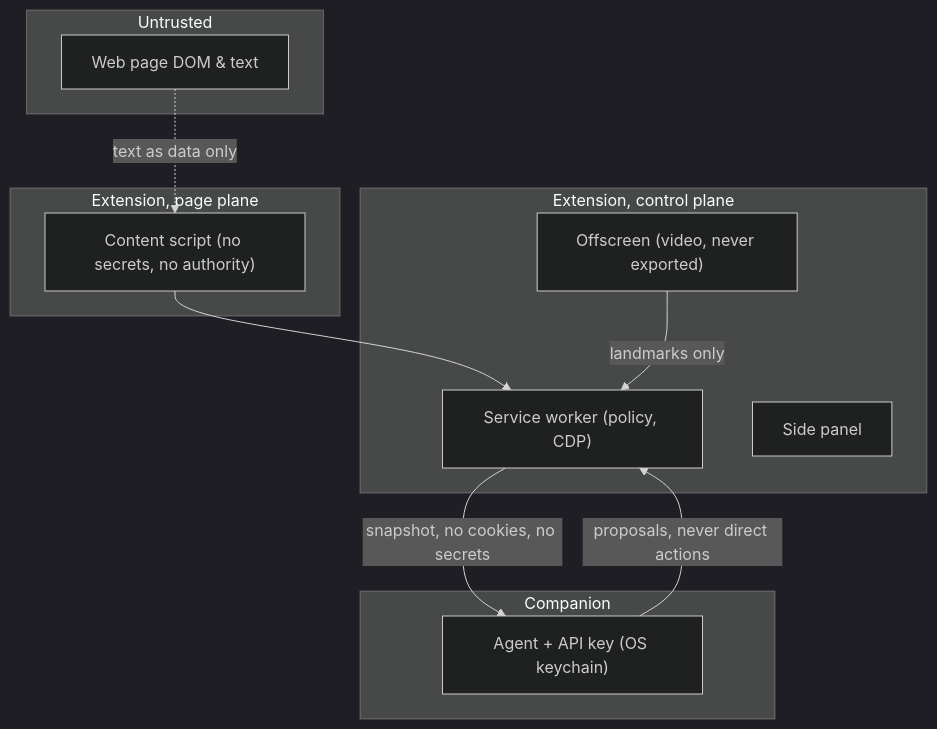
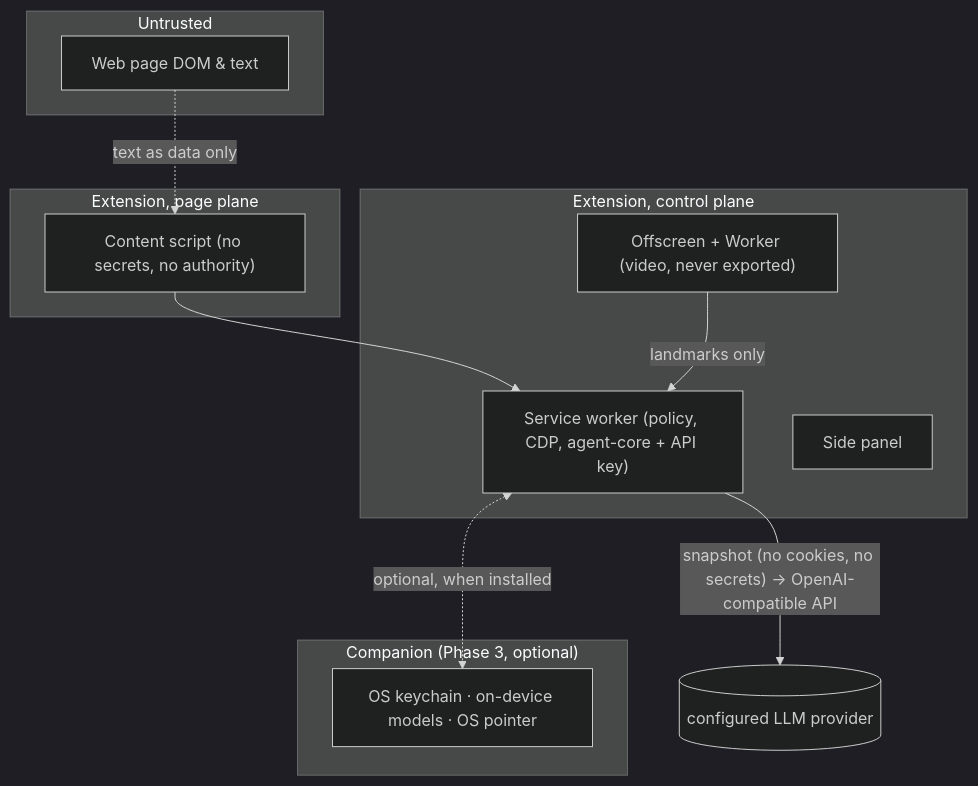
Before and after one commit to duylongpro99/gesture2browse: the fifth of 5 diagrams in docs/02-architecture.md, drawn with Mermaid (dark theme). The commit also changed other lines of this file and 2 other files, not shown here.

````diff
--- a/docs/02-architecture.md
+++ b/docs/02-architecture.md
@@ -256,21 +274,21 @@
 ```mermaid
 flowchart TB
   subgraph Trust0["Untrusted"]
     PAGE["Web page DOM & text"]
   end
   subgraph Trust1["Extension, page plane"]
     CS["Content script (no secrets, no authority)"]
   end
   subgraph Trust2["Extension, control plane"]
-    SW["Service worker (policy, CDP)"]
-    OFF["Offscreen (video, never exported)"]
+    SW["Service worker (policy, CDP, agent-core + API key)"]
+    OFF["Offscreen + Worker (video, never exported)"]
     SP["Side panel"]
   end
-  subgraph Trust3["Companion"]
-    AG["Agent + API key (OS keychain)"]
+  subgraph Trust3["Companion (Phase 3, optional)"]
+    NM["OS keychain · on-device models · OS pointer"]
   end
   PAGE -. "text as data only" .-> CS --> SW
   OFF -- "landmarks only" --> SW
-  SW -- "snapshot, no cookies, no secrets" --> AG
-  AG -- "proposals, never direct actions" --> SW
+  SW -- "snapshot (no cookies, no secrets) → OpenAI-compatible API" --> LLM[("configured LLM provider")]
+  SW <-. "optional, when installed" .-> NM
 ```
````
